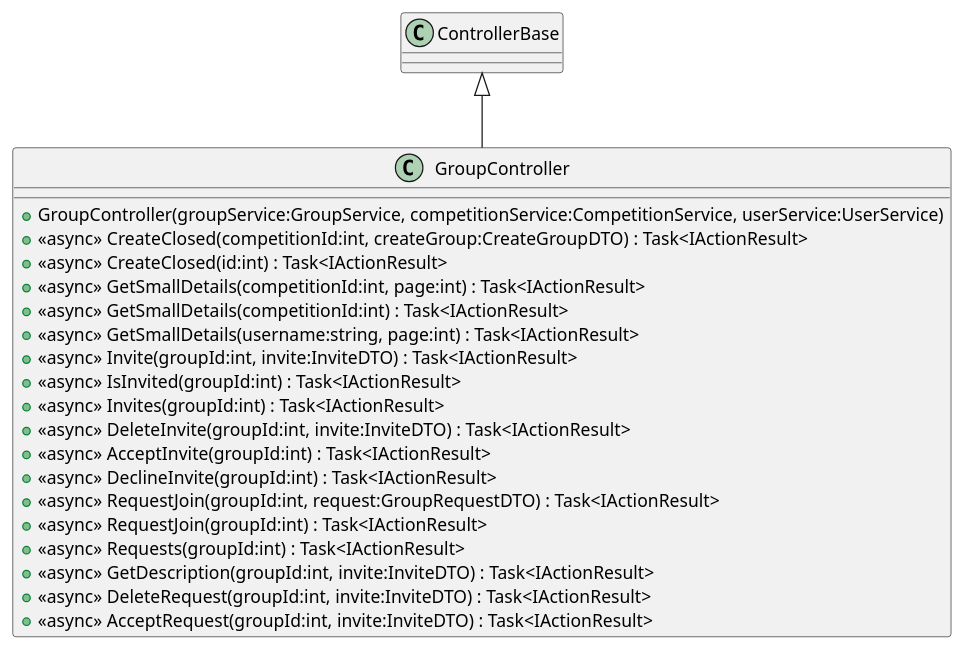
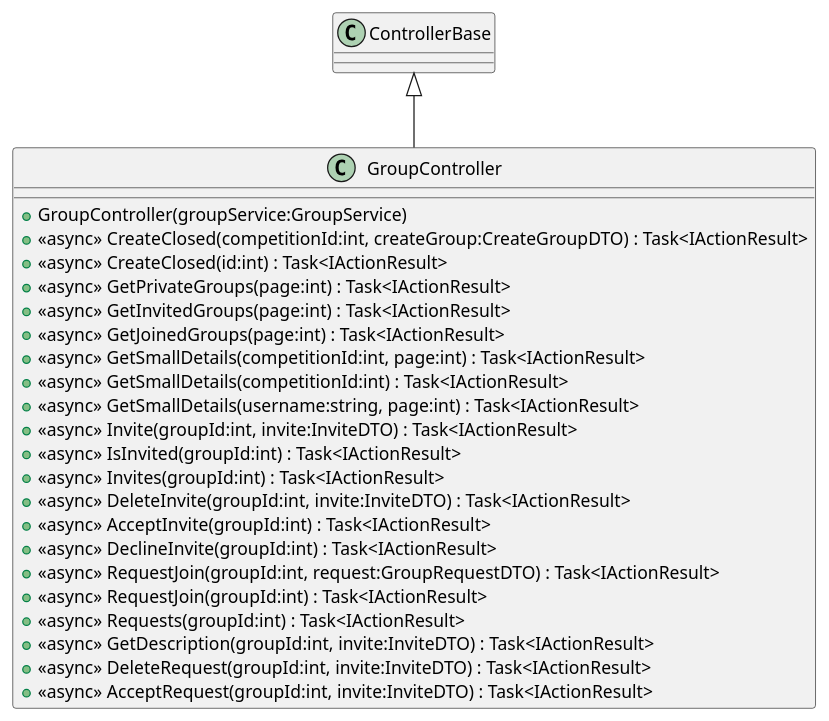
The diagram in plantuml/Backend/Controllers/GroupController.puml (CserpakRobert/bsc_szakdolgozat), drawn with PlantUML before and after one commit. The commit also changed 32 other files, not shown here.

```diff
--- a/plantuml/Backend/Controllers/GroupController.puml
+++ b/plantuml/Backend/Controllers/GroupController.puml
@@ -1,23 +1,26 @@
 @startuml
 class GroupController {
-    + GroupController(groupService:GroupService, competitionService:CompetitionService, userService:UserService)
+    + GroupController(groupService:GroupService)
     + <<async>> CreateClosed(competitionId:int, createGroup:CreateGroupDTO) : Task<IActionResult>
     + <<async>> CreateClosed(id:int) : Task<IActionResult>
+    + <<async>> GetPrivateGroups(page:int) : Task<IActionResult>
+    + <<async>> GetInvitedGroups(page:int) : Task<IActionResult>
+    + <<async>> GetJoinedGroups(page:int) : Task<IActionResult>
     + <<async>> GetSmallDetails(competitionId:int, page:int) : Task<IActionResult>
     + <<async>> GetSmallDetails(competitionId:int) : Task<IActionResult>
     + <<async>> GetSmallDetails(username:string, page:int) : Task<IActionResult>
     + <<async>> Invite(groupId:int, invite:InviteDTO) : Task<IActionResult>
     + <<async>> IsInvited(groupId:int) : Task<IActionResult>
     + <<async>> Invites(groupId:int) : Task<IActionResult>
     + <<async>> DeleteInvite(groupId:int, invite:InviteDTO) : Task<IActionResult>
     + <<async>> AcceptInvite(groupId:int) : Task<IActionResult>
     + <<async>> DeclineInvite(groupId:int) : Task<IActionResult>
     + <<async>> RequestJoin(groupId:int, request:GroupRequestDTO) : Task<IActionResult>
     + <<async>> RequestJoin(groupId:int) : Task<IActionResult>
     + <<async>> Requests(groupId:int) : Task<IActionResult>
     + <<async>> GetDescription(groupId:int, invite:InviteDTO) : Task<IActionResult>
     + <<async>> DeleteRequest(groupId:int, invite:InviteDTO) : Task<IActionResult>
     + <<async>> AcceptRequest(groupId:int, invite:InviteDTO) : Task<IActionResult>
 }
 ControllerBase <|-- GroupController
 @enduml
```
